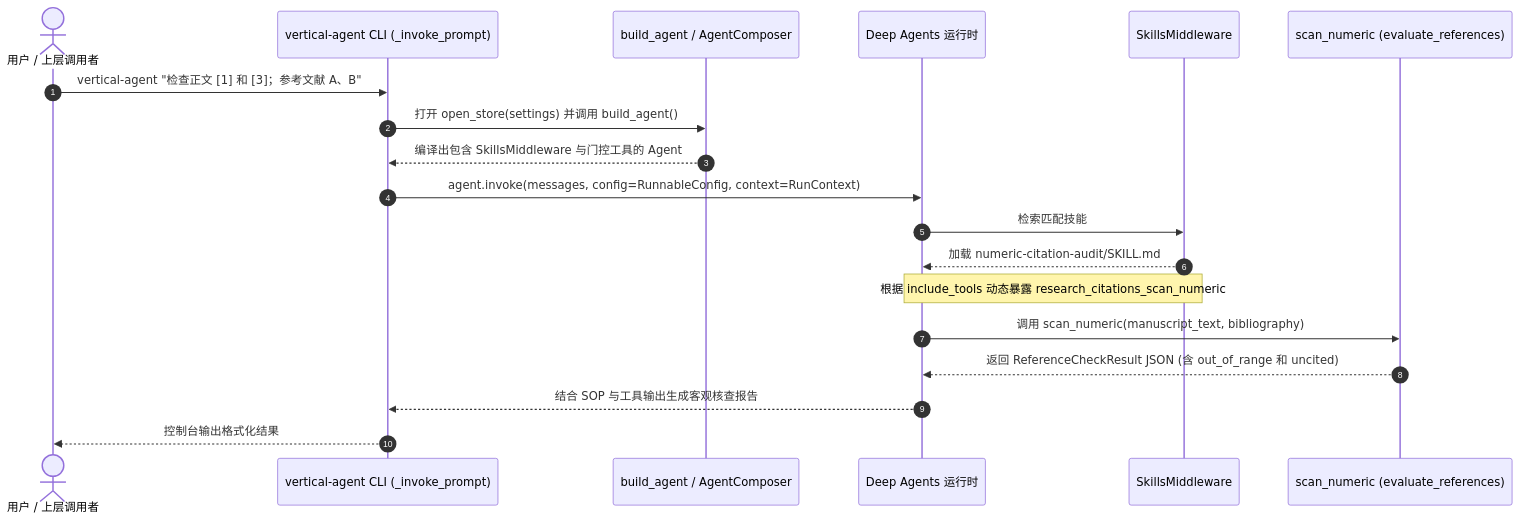
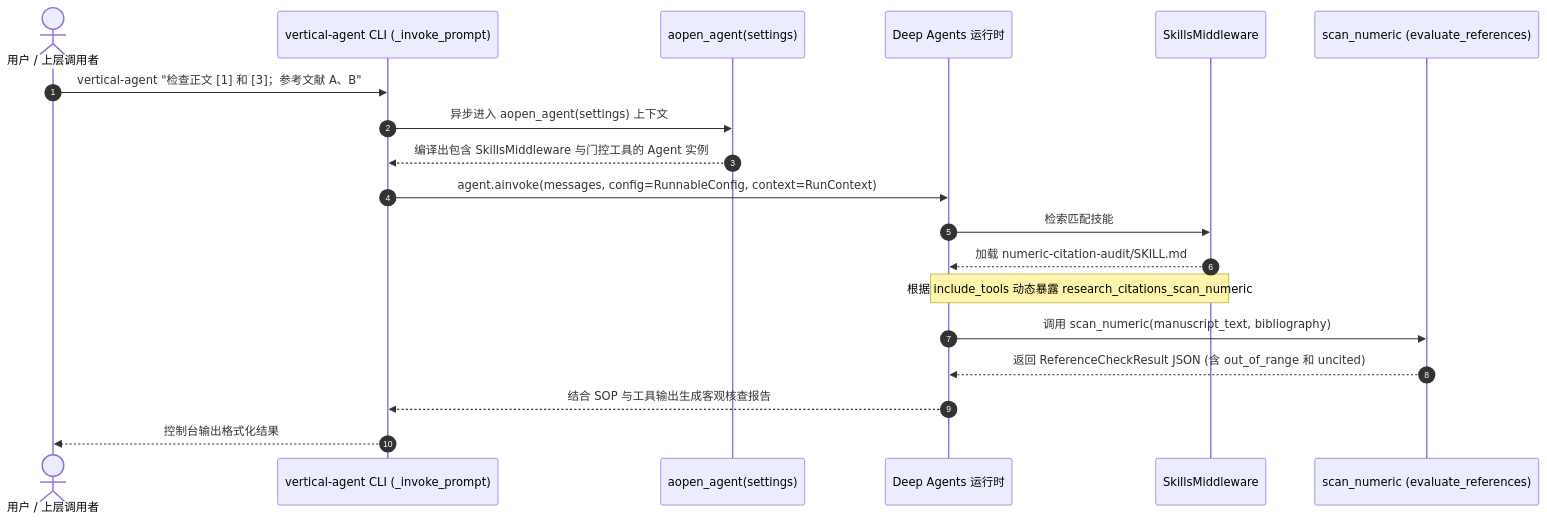
The diagram in openwiki/workflows/citation-audit.md (0passion0/agent_harness), drawn with Mermaid before and after one commit. The commit also changed other lines of this file and 170 other files, not shown here.

````diff
--- a/openwiki/workflows/citation-audit.md
+++ b/openwiki/workflows/citation-audit.md
@@ -25,22 +25,22 @@
 ```mermaid
 sequenceDiagram
     autonumber
     actor User as 用户 / 上层调用者
     participant CLI as vertical-agent CLI (_invoke_prompt)
-    participant Harness as build_agent / AgentComposer
+    participant Harness as aopen_agent(settings)
     participant Agent as Deep Agents 运行时
     participant SkillsMW as SkillsMiddleware
     participant Tool as scan_numeric (evaluate_references)
 
     User->>CLI: vertical-agent "检查正文 [1] 和 [3]；参考文献 A、B"
-    CLI->>Harness: 打开 open_store(settings) 并调用 build_agent()
-    Harness-->>CLI: 编译出包含 SkillsMiddleware 与门控工具的 Agent
-    CLI->>Agent: agent.invoke(messages, config=RunnableConfig, context=RunContext)
+    CLI->>Harness: 异步进入 aopen_agent(settings) 上下文
+    Harness-->>CLI: 编译出包含 SkillsMiddleware 与门控工具的 Agent 实例
+    CLI->>Agent: agent.ainvoke(messages, config=RunnableConfig, context=RunContext)
     Agent->>SkillsMW: 检索匹配技能
     SkillsMW-->>Agent: 加载 numeric-citation-audit/SKILL.md
     Note over SkillsMW,Agent: 根据 include_tools 动态暴露 research_citations_scan_numeric
     Agent->>Tool: 调用 scan_numeric(manuscript_text, bibliography)
     Tool-->>Agent: 返回 ReferenceCheckResult JSON (含 out_of_range 和 uncited)
     Agent-->>CLI: 结合 SOP 与工具输出生成客观核查报告
     CLI-->>User: 控制台输出格式化结果
 ```
````
